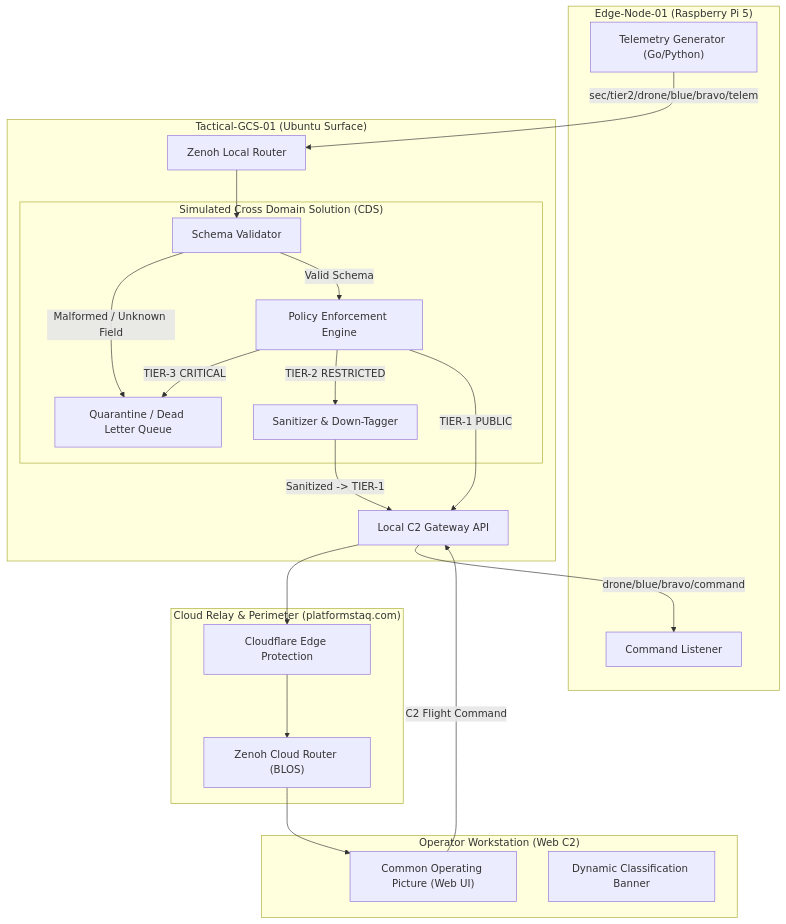
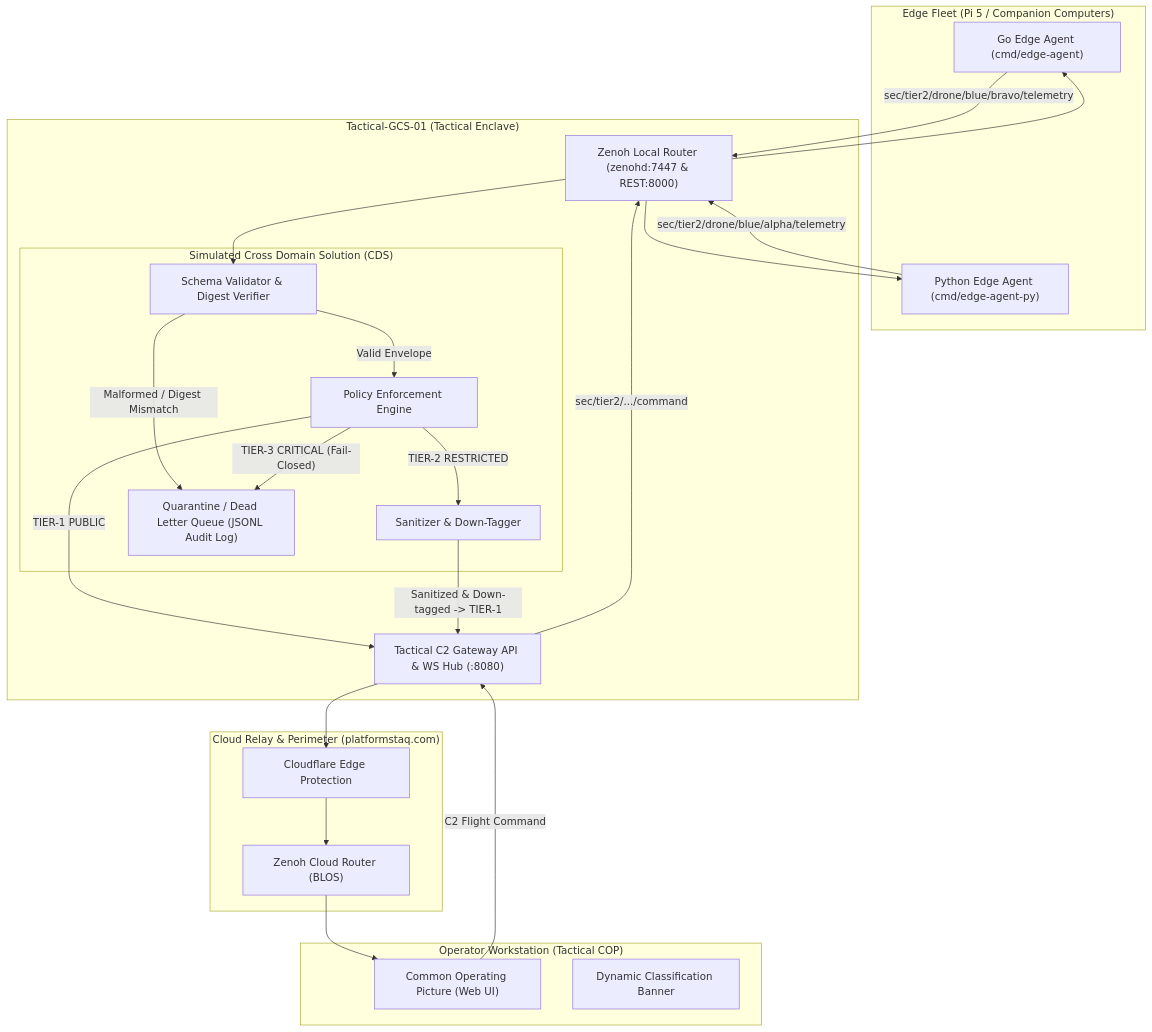
The diagram in README.md (matteus8/blue-polar-bear), drawn with Mermaid before and after one commit. The commit also changed other lines of this file, not shown here.

Commit message:
docs: update README with architecture, quickstart guide, and testing playbook

````diff
--- a/README.md
+++ b/README.md
@@ -78,42 +78,45 @@
 ```mermaid
 flowchart TD
-    subgraph EdgeVehicle["Edge-Node-01 (Raspberry Pi 5)"]
-        EP["Telemetry Generator (Go/Python)"]
-        CL["Command Listener"]
+    subgraph EdgeVehicle["Edge Fleet (Pi 5 / Companion Computers)"]
+        EP_GO["Go Edge Agent (cmd/edge-agent)"]
+        EP_PY["Python Edge Agent (cmd/edge-agent-py)"]
     end
 
-    subgraph TacticalGCS["Tactical-GCS-01 (Ubuntu Surface)"]
-        ZR["Zenoh Local Router"]
+    subgraph TacticalGCS["Tactical-GCS-01 (Tactical Enclave)"]
+        ZR["Zenoh Local Router (zenohd:7447 & REST:8000)"]
         subgraph CDSGuard["Simulated Cross Domain Solution (CDS)"]
-            SV["Schema Validator"]
+            SV["Schema Validator & Digest Verifier"]
             PE["Policy Enforcement Engine"]
             SR["Sanitizer & Down-Tagger"]
-            DLQ["Quarantine / Dead Letter Queue"]
+            DLQ["Quarantine / Dead Letter Queue (JSONL Audit Log)"]
         end
-        GCS_API["Local C2 Gateway API"]
+        GCS_API["Tactical C2 Gateway API & WS Hub (:8080)"]
     end
 
     subgraph CloudEgress["Cloud Relay & Perimeter (platformstaq.com)"]
         CF["Cloudflare Edge Protection"]
         CR["Zenoh Cloud Router (BLOS)"]
     end
 
-    subgraph OperationsHQ["Operator Workstation (Web C2)"]
+    subgraph OperationsHQ["Operator Workstation (Tactical COP)"]
         COP["Common Operating Picture (Web UI)"]
         BANNER["Dynamic Classification Banner"]
     end
 
-    EP -->|"sec/tier2/drone/blue/bravo/telem"| ZR
+    EP_GO -->|"sec/tier2/drone/blue/bravo/telemetry"| ZR
+    EP_PY -->|"sec/tier2/drone/blue/alpha/telemetry"| ZR
     ZR --> SV
-    SV -->|"Malformed / Unknown Field"| DLQ
-    SV -->|"Valid Schema"| PE
-    PE -->|"TIER-3 CRITICAL"| DLQ
+    SV -->|"Malformed / Digest Mismatch"| DLQ
+    SV -->|"Valid Envelope"| PE
+    PE -->|"TIER-3 CRITICAL (Fail-Closed)"| DLQ
     PE -->|"TIER-2 RESTRICTED"| SR
     PE -->|"TIER-1 PUBLIC"| GCS_API
-    SR -->|"Sanitized -> TIER-1"| GCS_API
+    SR -->|"Sanitized & Down-tagged -> TIER-1"| GCS_API
     GCS_API --> CF
     CF --> CR
     CR --> COP
     COP -->|"C2 Flight Command"| GCS_API
-    GCS_API -->|"drone/blue/bravo/command"| CL
+    GCS_API -->|"sec/tier2/.../command"| ZR
+    ZR --> EP_GO
+    ZR --> EP_PY
 ```
````
